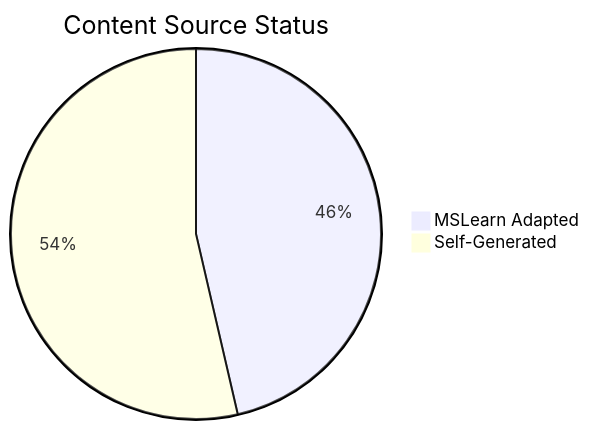
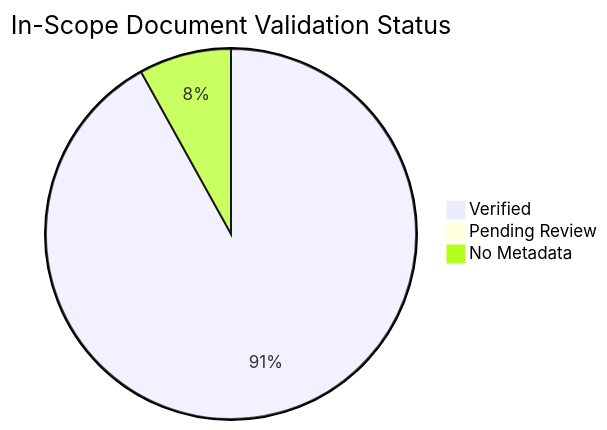
One commit to yeongseon/azure-kubernetes-service-practical-guide changed the diagram in docs/reference/content-validation-status.md. Above: the diagram before and after it, drawn with Mermaid. The commit also changed other lines of this file and 6 other files, not shown here.

First line of the commit message:
feat: vendor content_validation scope infrastructure (#81)

````diff
--- a/docs/reference/content-validation-status.md
+++ b/docs/reference/content-validation-status.md
@@ -30,5 +25,6 @@
 ```mermaid
-pie title Content Source Status
-    "MSLearn Adapted" : 32
-    "Self-Generated" : 37
+pie title In-Scope Document Validation Status
+    "Verified" : 114
+    "Pending Review" : 1
+    "No Metadata" : 10
 ```
````
